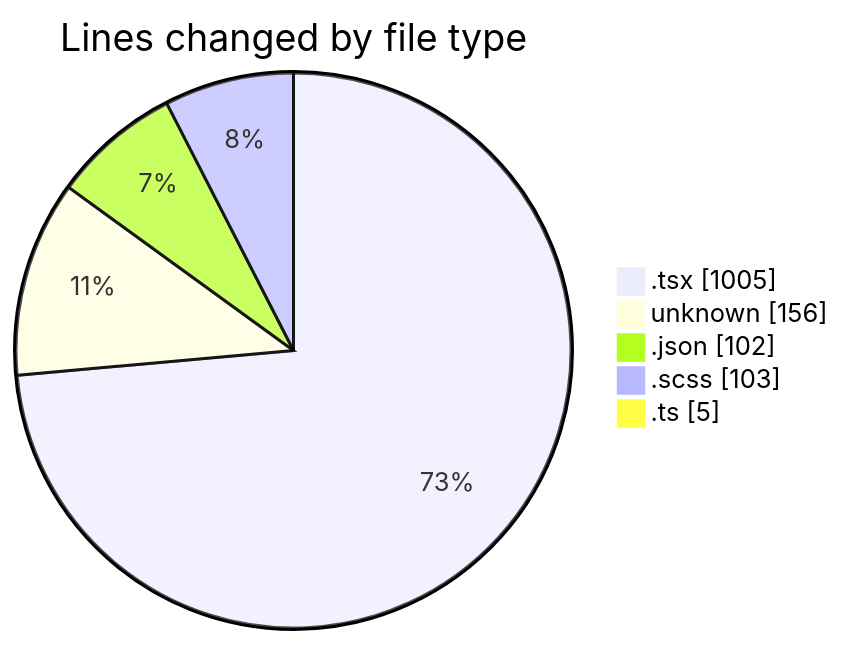
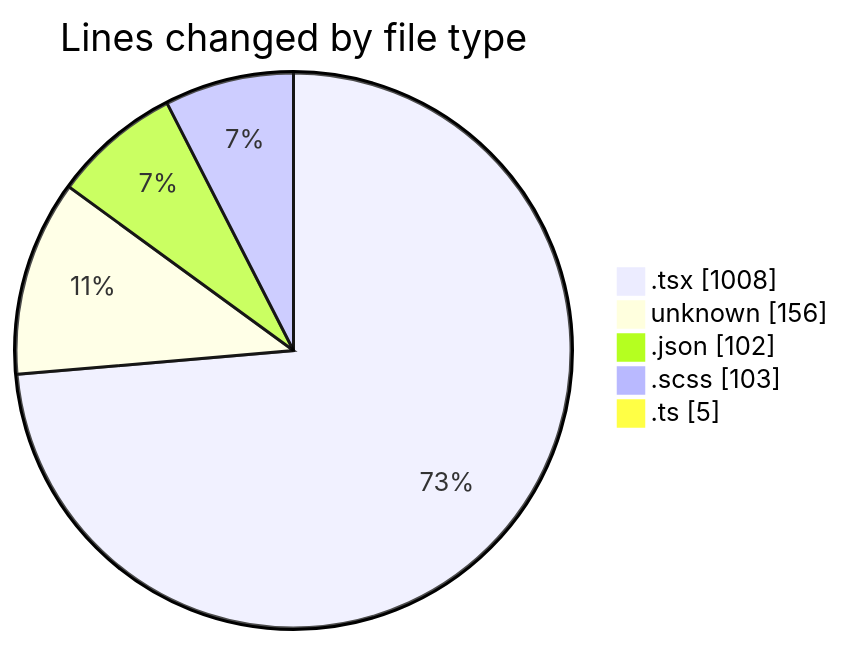
One commit to momahboobian/code-tracking changed the first of 2 diagrams in 2026-09-28/cda/README.md. Above: the diagram before and after it, drawn with Mermaid. The commit also changed other lines of this file and 1 other file, not shown here.

````diff
--- a/2026-09-28/cda/README.md
+++ b/2026-09-28/cda/README.md
@@ -27,9 +27,9 @@
 ```mermaid
 pie showData
 title Lines changed by file type
-".tsx" : 1005
+".tsx" : 1008
 "unknown" : 156
 ".json" : 102
 ".scss" : 103
 ".ts" : 5
 ```
````
